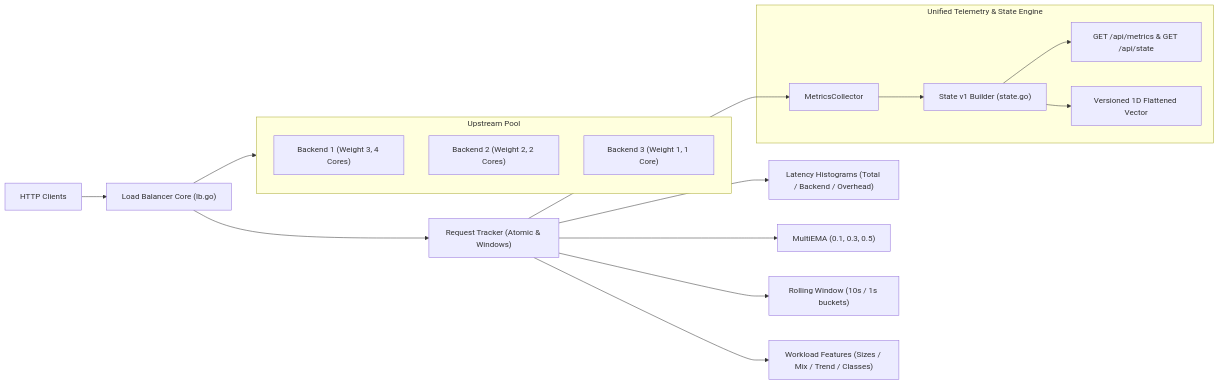
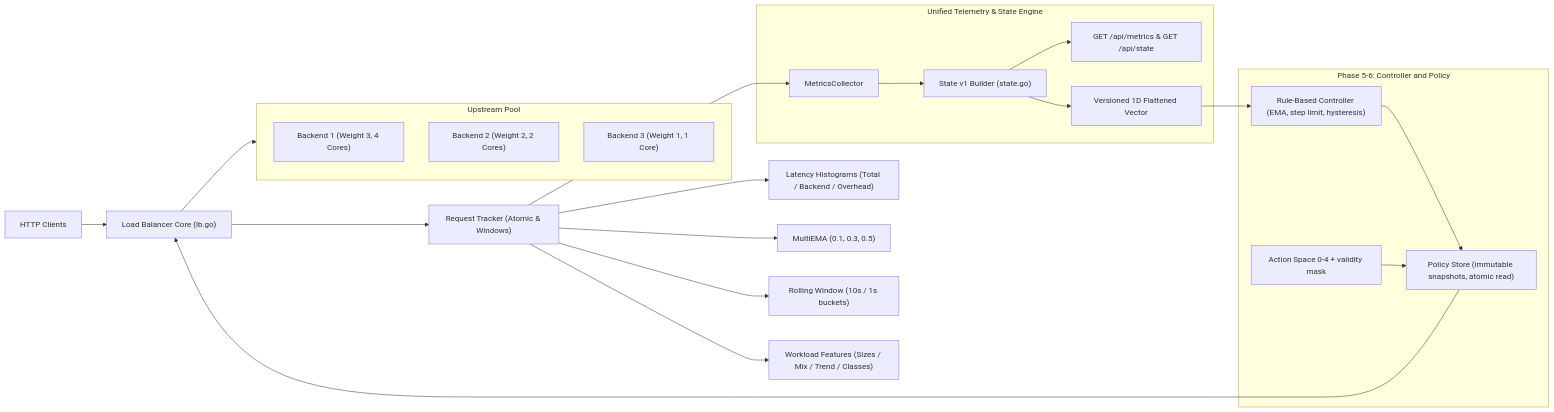
The second of 2 diagrams in documentation.md (Protham1/adaptive-load-balancer-go), drawn with Mermaid before and after one commit. The commit also changed other lines of this file and 16 other files, not shown here.

First line of the commit message:
feat(phase-5-6): rule-based adaptive baseline controller, action space, and immutable policy snapshots

````diff
--- a/documentation.md
+++ b/documentation.md
@@ -361,29 +506,40 @@
 ```mermaid
 flowchart LR
     Client["HTTP Clients"] --> LB["Load Balancer Core (lb.go)"]
     LB --> Tracker["Request Tracker (Atomic & Windows)"]
     Tracker --> Hist["Latency Histograms (Total / Backend / Overhead)"]
     Tracker --> EMA["MultiEMA (0.1, 0.3, 0.5)"]
     Tracker --> Win["Rolling Window (10s / 1s buckets)"]
     Tracker --> Workload["Workload Features (Sizes / Mix / Trend / Classes)"]
     
     subgraph Upstream["Upstream Pool"]
         B1["Backend 1 (Weight 3, 4 Cores)"]
         B2["Backend 2 (Weight 2, 2 Cores)"]
         B3["Backend 3 (Weight 1, 1 Core)"]
     end
     
     LB --> Upstream
     
     subgraph Telemetry["Unified Telemetry & State Engine"]
         Collector["MetricsCollector"]
         StateEngine["State v1 Builder (state.go)"]
         API["GET /api/metrics & GET /api/state"]
         Vector["Versioned 1D Flattened Vector"]
     end
     
     Tracker --> Collector
     Collector --> StateEngine
     StateEngine --> API
     StateEngine --> Vector
+
+    subgraph Control["Phase 5-6: Controller and Policy"]
+        Rule["Rule-Based Controller (EMA, step limit, hysteresis)"]
+        Store["Policy Store (immutable snapshots, atomic read)"]
+        Actions["Action Space 0-4 + validity mask"]
+    end
+
+    Vector --> Rule
+    Rule --> Store
+    Actions --> Store
+    Store --> LB
 ```
````
